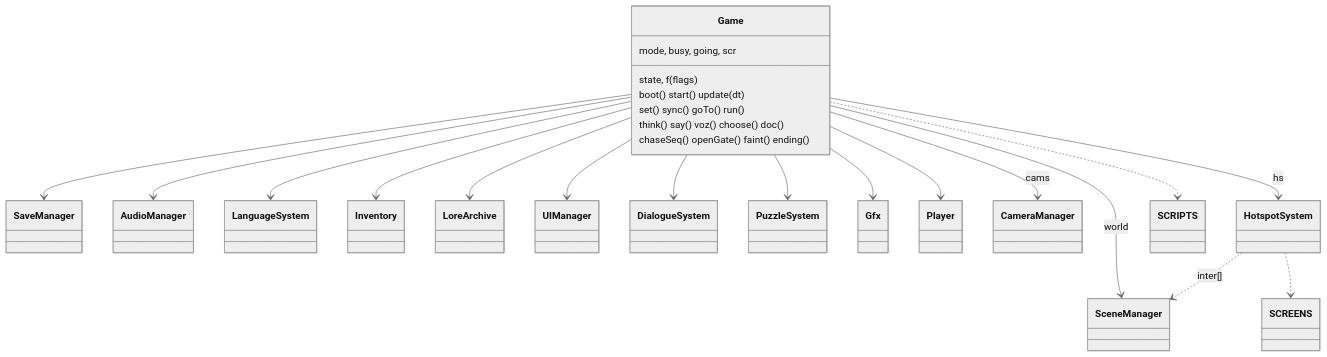
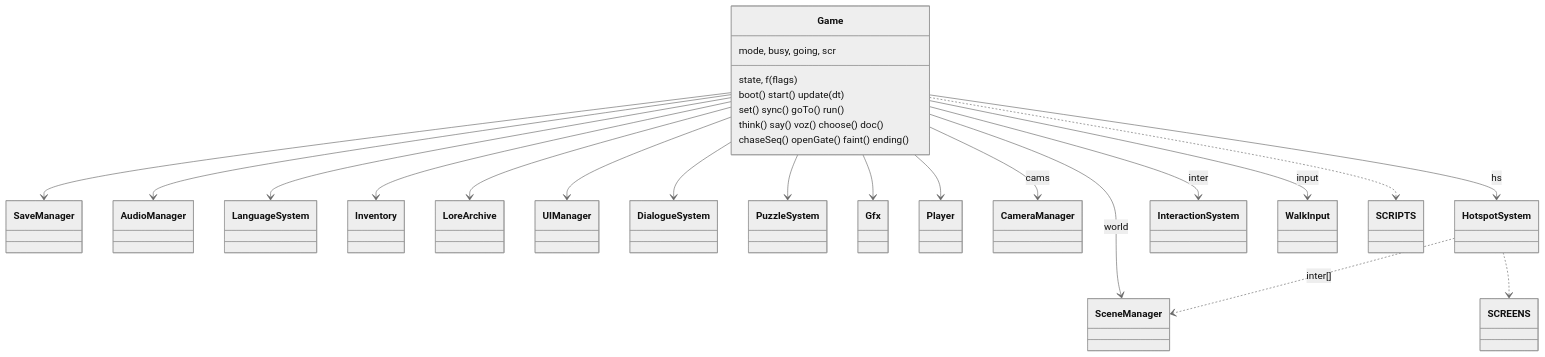
Before and after one commit to anrayt/el-sueno-game: the second of 5 diagrams in docs/ARCHITECTURE.md, drawn with Mermaid (neutral theme). The commit also changed other lines of this file and 42 other files, not shown here.

````diff
--- a/docs/ARCHITECTURE.md
+++ b/docs/ARCHITECTURE.md
@@ -53,27 +84,29 @@
 ```mermaid
 classDiagram
     class Game {
       state, f (flags)
       mode, busy, going, scr
       boot() start() update(dt)
       set() sync() goTo() run()
       think() say() voz() choose() doc()
       chaseSeq() openGate() faint() ending()
     }
     Game --> SaveManager
     Game --> AudioManager
     Game --> LanguageSystem
     Game --> Inventory
     Game --> LoreArchive
     Game --> UIManager
     Game --> DialogueSystem
     Game --> PuzzleSystem
     Game --> Gfx
     Game --> SceneManager : world
     Game --> Player
     Game --> CameraManager : cams
     Game --> HotspotSystem : hs
+    Game --> InteractionSystem : inter
+    Game --> WalkInput : input
     HotspotSystem ..> SCREENS
     HotspotSystem ..> SceneManager : inter[]
     Game ..> SCRIPTS
 ```
````
